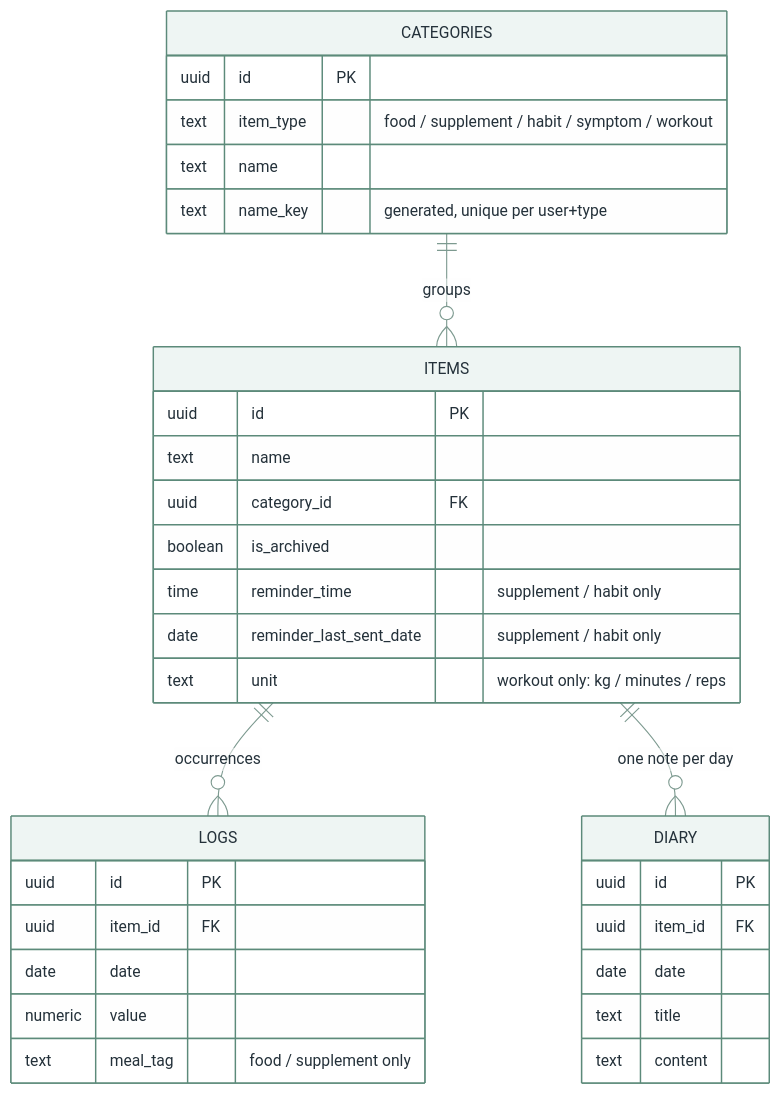
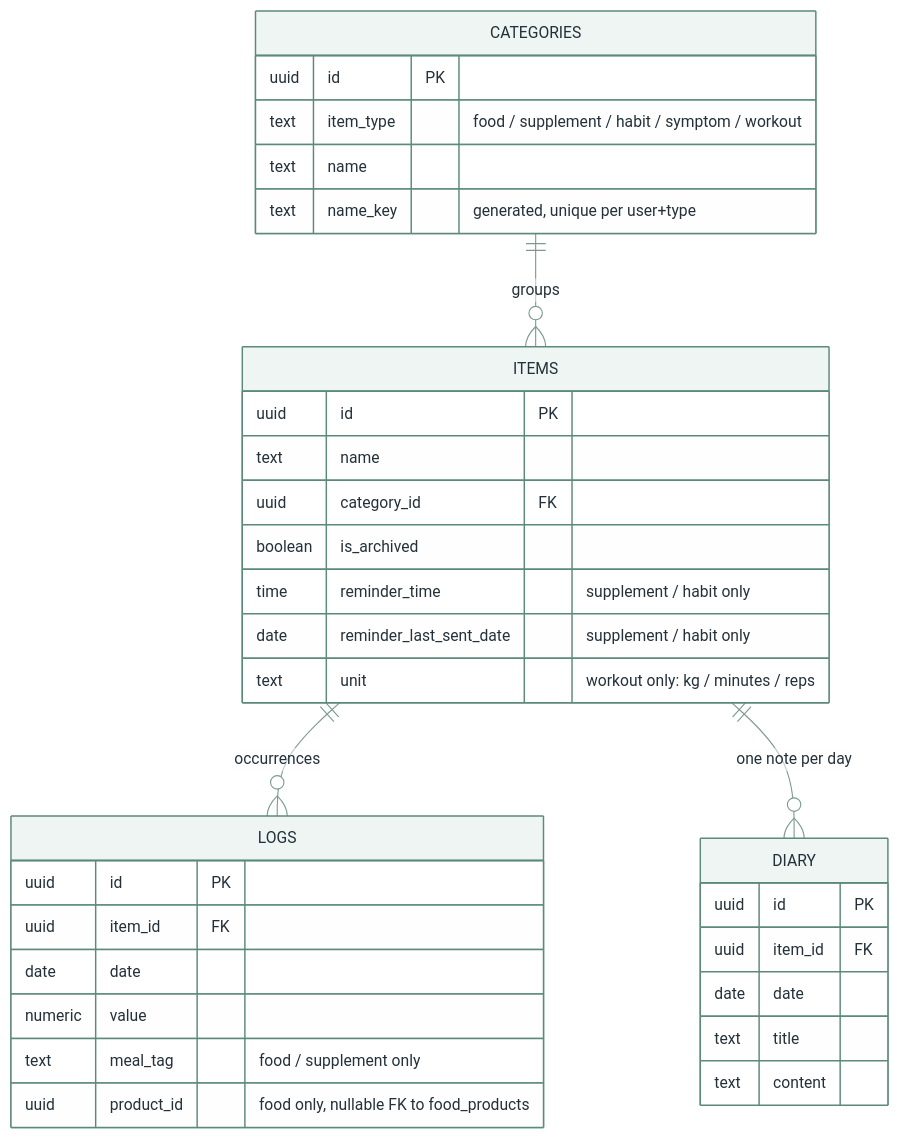
Before and after one commit to xxvazquez/health-management: the first of 6 diagrams in docs/data-model.md, drawn with Mermaid. The commit also changed other lines of this file and 14 other files, not shown here.

First line of the commit message:
Add food products — log a bundle of ingredients in one tap

````diff
--- a/docs/data-model.md
+++ b/docs/data-model.md
@@ -38,41 +38,42 @@
 ```mermaid
 %%{init: {"theme": "base", "themeVariables": {
   "primaryColor": "#eef5f3", "primaryBorderColor": "#5c8a7a",
   "primaryTextColor": "#24313a", "lineColor": "#7d9a90",
   "fontFamily": "Inter, -apple-system, sans-serif", "fontSize": "14px"
 }}}%%
 erDiagram
     CATEGORIES  ||--o{ ITEMS : groups
     ITEMS       ||--o{ LOGS  : "occurrences"
     ITEMS       ||--o{ DIARY : "one note per day"
 
     CATEGORIES {
         uuid id PK
         text item_type "food / supplement / habit / symptom / workout"
         text name
         text name_key "generated, unique per user+type"
     }
     ITEMS {
         uuid    id PK
         text    name
         uuid    category_id FK
         boolean is_archived
         time    reminder_time "supplement / habit only"
         date    reminder_last_sent_date "supplement / habit only"
         text    unit "workout only: kg / minutes / reps"
     }
     LOGS {
         uuid    id PK
         uuid    item_id FK
         date    date
         numeric value
         text    meal_tag "food / supplement only"
+        uuid    product_id "food only, nullable FK to food_products"
     }
     DIARY {
         uuid id PK
         uuid item_id FK
         date date
         text title
         text content
     }
 ```
````
